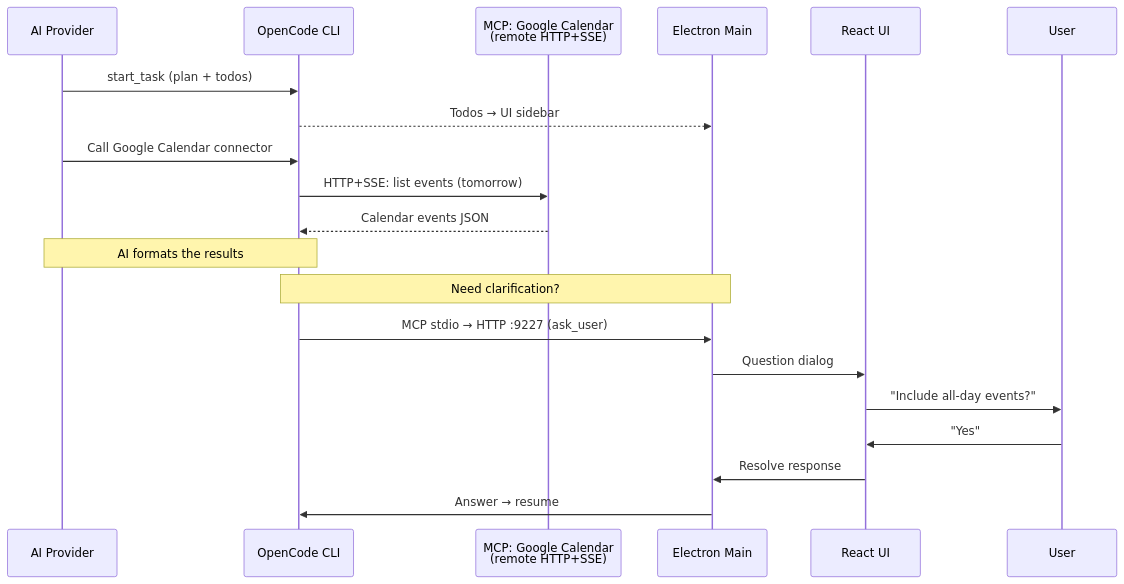
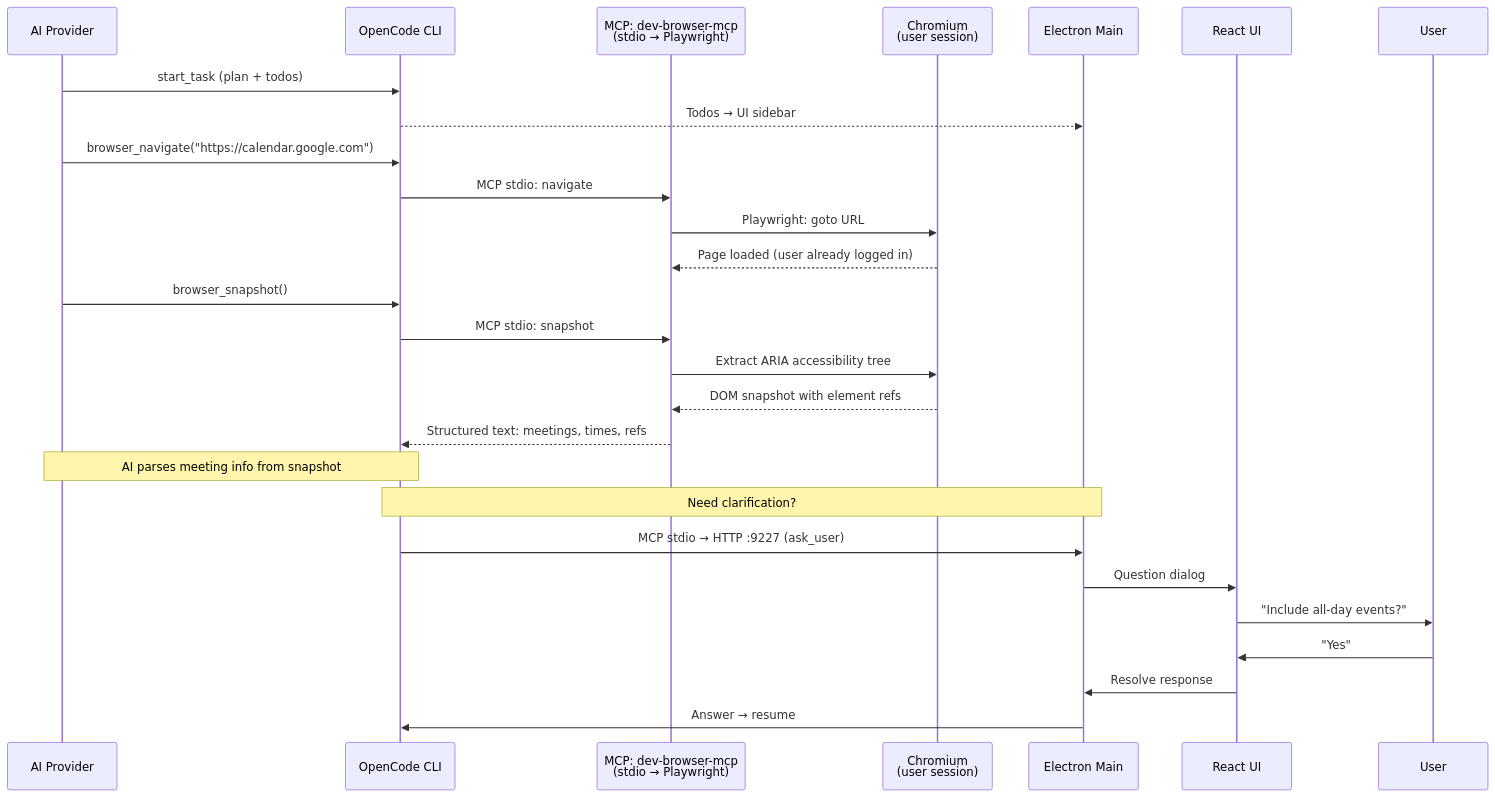
One commit to dome/accomplish changed the third of 7 diagrams in docs/task-flow-slides.md. Above: the diagram before and after it, drawn with Mermaid. The commit also changed other lines of this file and 26 other files, not shown here.

````diff
--- a/docs/task-flow-slides.md
+++ b/docs/task-flow-slides.md
@@ -78,26 +78,34 @@
 ```mermaid
 sequenceDiagram
   participant AI as AI Provider
   participant OC as OpenCode CLI
-  participant MCP as MCP: Google Calendar<br/>(remote HTTP+SSE)
+  participant MCP as MCP: dev-browser-mcp<br/>(stdio → Playwright)
+  participant Browser as Chromium<br/>(user session)
   participant Main as Electron Main
   participant UI as React UI
   participant User
 
   AI->>OC: start_task (plan + todos)
   OC-->>Main: Todos → UI sidebar
 
-  AI->>OC: Call Google Calendar connector
-  OC->>MCP: HTTP+SSE: list events (tomorrow)
-  MCP-->>OC: Calendar events JSON
+  AI->>OC: browser_navigate("https://calendar.google.com")
+  OC->>MCP: MCP stdio: navigate
+  MCP->>Browser: Playwright: goto URL
+  Browser-->>MCP: Page loaded (user already logged in)
 
-  Note over AI,OC: AI formats the results
+  AI->>OC: browser_snapshot()
+  OC->>MCP: MCP stdio: snapshot
+  MCP->>Browser: Extract ARIA accessibility tree
+  Browser-->>MCP: DOM snapshot with element refs
+  MCP-->>OC: Structured text: meetings, times, refs
+
+  Note over AI,OC: AI parses meeting info from snapshot
 
   Note over OC,Main: Need clarification?
   OC->>Main: MCP stdio → HTTP :9227 (ask_user)
   Main->>UI: Question dialog
   UI->>User: "Include all-day events?"
   User->>UI: "Yes"
   UI->>Main: Resolve response
   Main->>OC: Answer → resume
 ```
````
